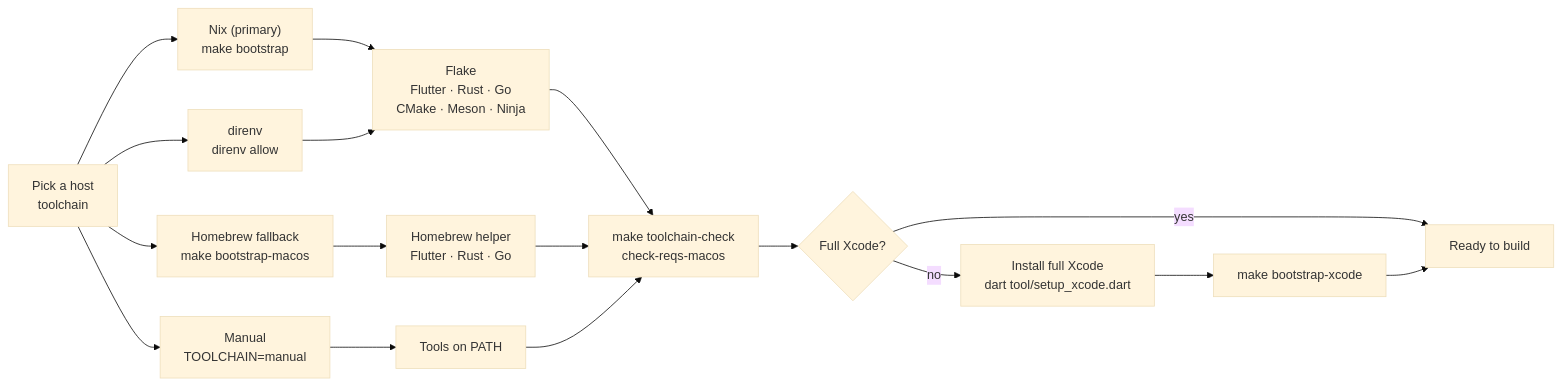
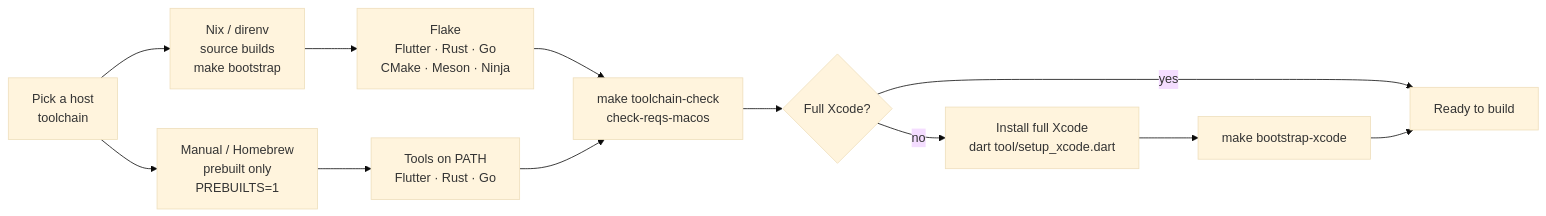
Before and after one commit to cypherstack/stack_wallet: the first of 2 diagrams in docs/building/make-flow.md, drawn with Mermaid (base theme). The commit also changed other lines of this file and 5 other files, not shown here.

First line of the commit message:
Remove Homebrew source-build fallback; Nix-only for source builds

````diff
--- a/docs/building/make-flow.md
+++ b/docs/building/make-flow.md
@@ -21,23 +21,18 @@
 ```mermaid
 flowchart LR
     S["Pick a host<br/>toolchain"]
-    S --> N["Nix (primary)<br/>make bootstrap"]
-    S --> D["direnv<br/>direnv allow"]
-    S --> B["Homebrew fallback<br/>make bootstrap-macos"]
-    S --> M["Manual<br/>TOOLCHAIN=manual"]
+    S --> N["Nix / direnv<br/>source builds<br/>make bootstrap"]
+    S --> M["Manual / Homebrew<br/>prebuilt only<br/>PREBUILTS=1"]
 
     N --> F["Flake<br/>Flutter · Rust · Go<br/>CMake · Meson · Ninja"]
-    D --> F
-    B --> H["Homebrew helper<br/>Flutter · Rust · Go"]
-    M --> P["Tools on PATH"]
+    M --> P["Tools on PATH<br/>Flutter · Rust · Go"]
 
     F --> C["make toolchain-check<br/>check-reqs-macos"]
-    H --> C
     P --> C
 
     C --> X{"Full Xcode?"}
     X -- yes --> R["Ready to build"]
     X -- no --> INSTALL["Install full Xcode<br/>dart tool/setup_xcode.dart"]
     INSTALL --> XS["make bootstrap-xcode"]
     XS --> R
 ```
````
